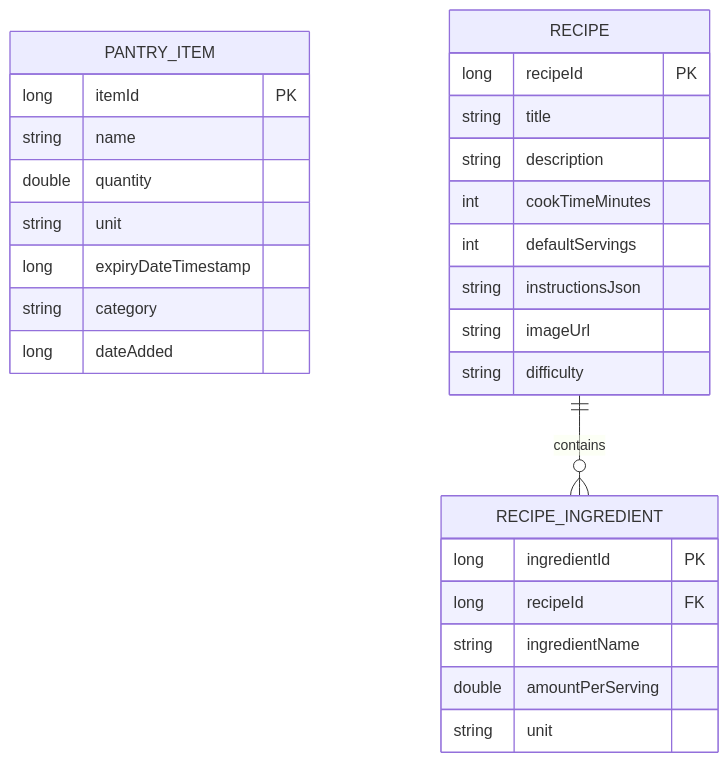
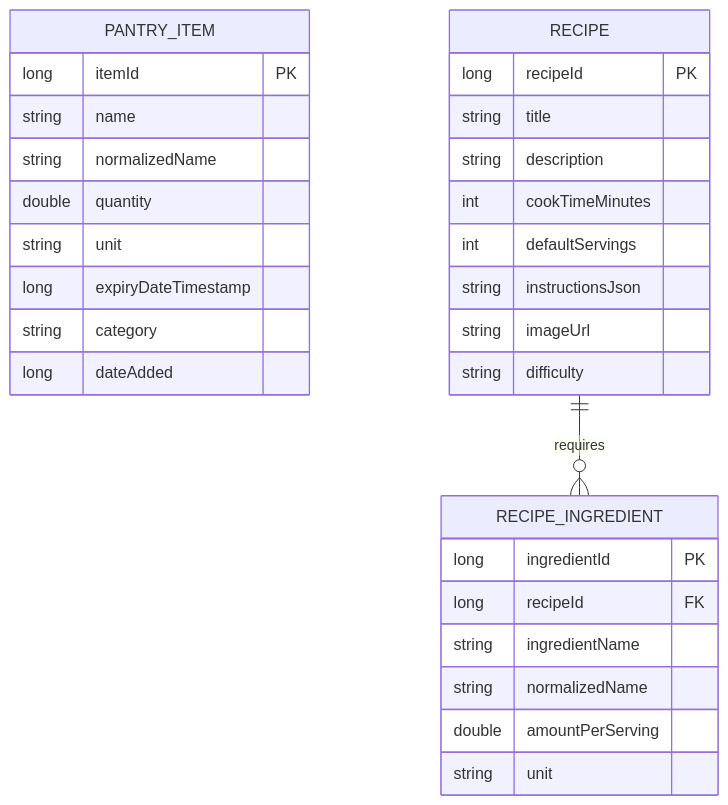
One commit to Who-is-Fyto/Pantry-Buddy changed the third of 3 diagrams in DESIGN.md. Above: the diagram before and after it, drawn with Mermaid. The commit also changed other lines of this file and 2 other files, not shown here.

Commit message:
docs: add technical design document, project README, and 15-phase roadmap

````diff
--- a/DESIGN.md
+++ b/DESIGN.md
@@ -294,33 +360,35 @@
 ```mermaid
 erDiagram
     PANTRY_ITEM {
         long itemId PK
         string name
+        string normalizedName
         double quantity
         string unit
         long expiryDateTimestamp
         string category
         long dateAdded
     }
 
     RECIPE {
         long recipeId PK
         string title
         string description
         int cookTimeMinutes
         int defaultServings
         string instructionsJson
         string imageUrl
         string difficulty
     }
 
     RECIPE_INGREDIENT {
         long ingredientId PK
         long recipeId FK
         string ingredientName
+        string normalizedName
         double amountPerServing
         string unit
     }
 
-    RECIPE ||--o{ RECIPE_INGREDIENT : contains
+    RECIPE ||--o{ RECIPE_INGREDIENT : "requires"
 ```
````
